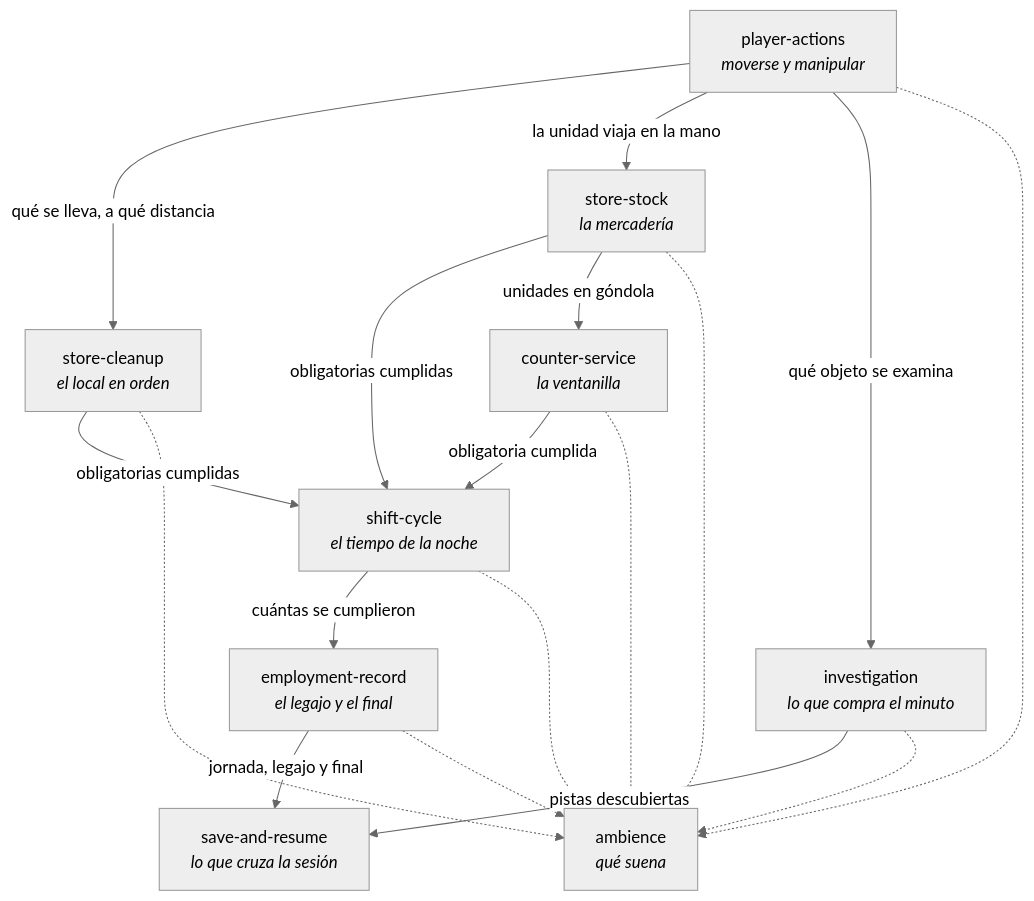
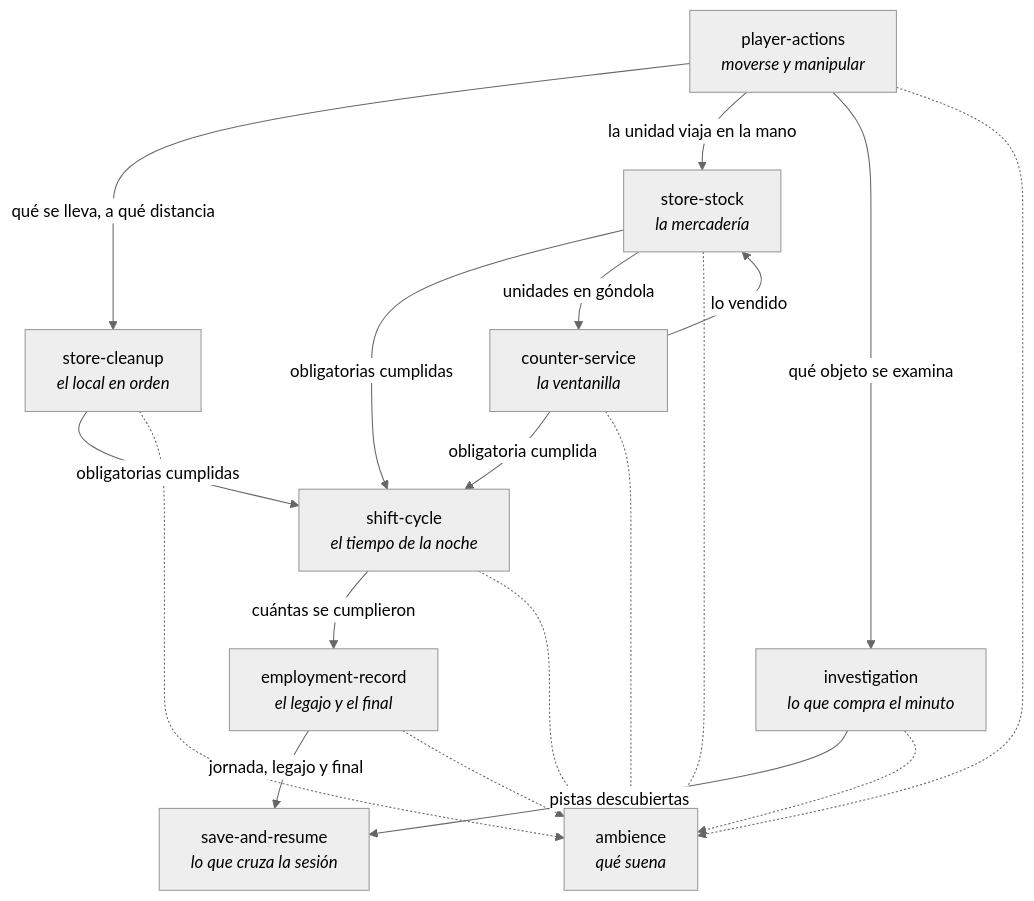
One commit to federicohermo/nosefia changed the diagram in docs/architecture/capacidades.md. Above: the diagram before and after it, drawn with Mermaid (neutral theme).

Commit message:
El mapa de capacidades muestra lo vendido de la ventanilla a la mercadería
Los dos specs ya declaran esa dependencia. El mapa copia las dependencias de
cada spec, y sin la flecha decía que store-stock no consume nada de
counter-service.

````diff
--- a/docs/architecture/capacidades.md
+++ b/docs/architecture/capacidades.md
@@ -22,30 +22,31 @@
 ```mermaid
 flowchart TD
   SHF["shift-cycle<br/><i>el tiempo de la noche</i>"]
   EMP["employment-record<br/><i>el legajo y el final</i>"]
   SAV["save-and-resume<br/><i>lo que cruza la sesión</i>"]
   PLY["player-actions<br/><i>moverse y manipular</i>"]
   INV["investigation<br/><i>lo que compra el minuto</i>"]
   CTR["counter-service<br/><i>la ventanilla</i>"]
   STK["store-stock<br/><i>la mercadería</i>"]
   CLN["store-cleanup<br/><i>el local en orden</i>"]
   AMB["ambience<br/><i>qué suena</i>"]
 
   CTR -- "obligatoria cumplida" --> SHF
   STK -- "obligatorias cumplidas" --> SHF
   CLN -- "obligatorias cumplidas" --> SHF
   SHF -- "cuántas se cumplieron" --> EMP
   EMP -- "jornada, legajo y final" --> SAV
   INV -- "pistas descubiertas" --> SAV
   STK -- "unidades en góndola" --> CTR
+  CTR -- "lo vendido" --> STK
   PLY -- "qué se lleva, a qué distancia" --> CLN
   PLY -- "la unidad viaja en la mano" --> STK
   PLY -- "qué objeto se examina" --> INV
   SHF -.-> AMB
   EMP -.-> AMB
   CTR -.-> AMB
   STK -.-> AMB
   CLN -.-> AMB
   PLY -.-> AMB
   INV -.-> AMB
 ```
````
